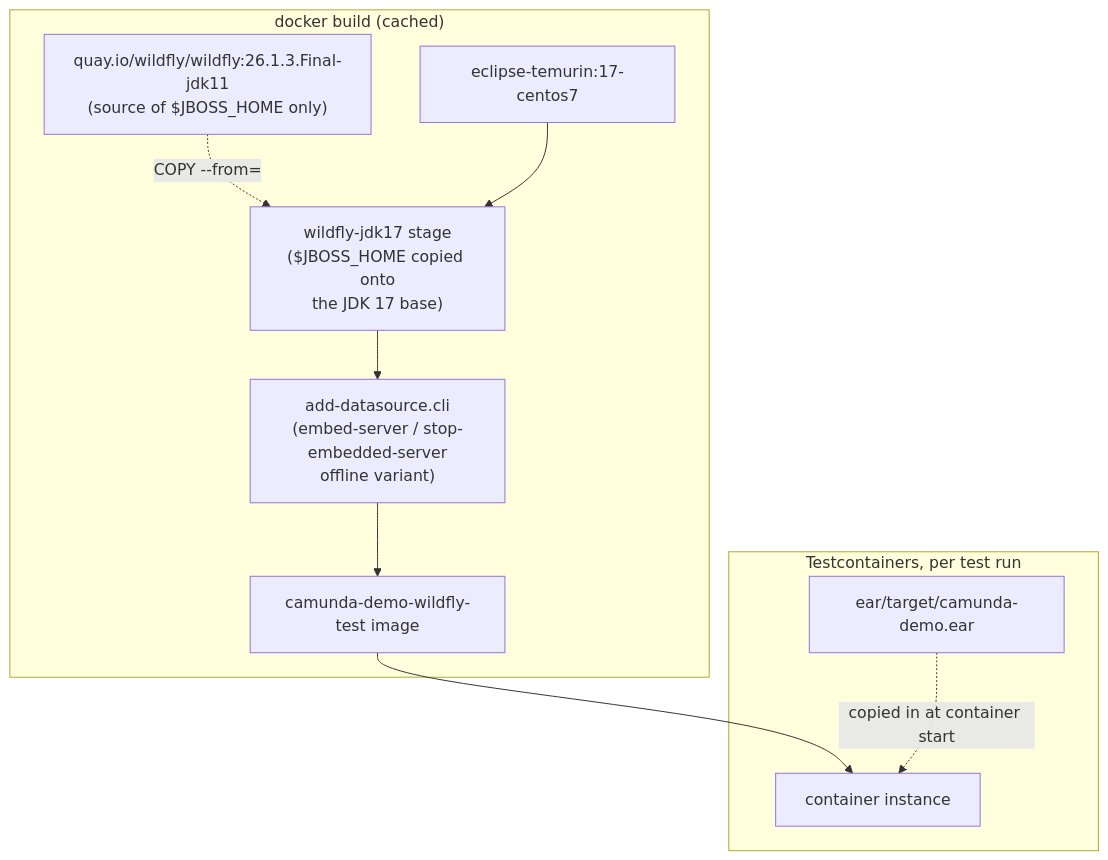
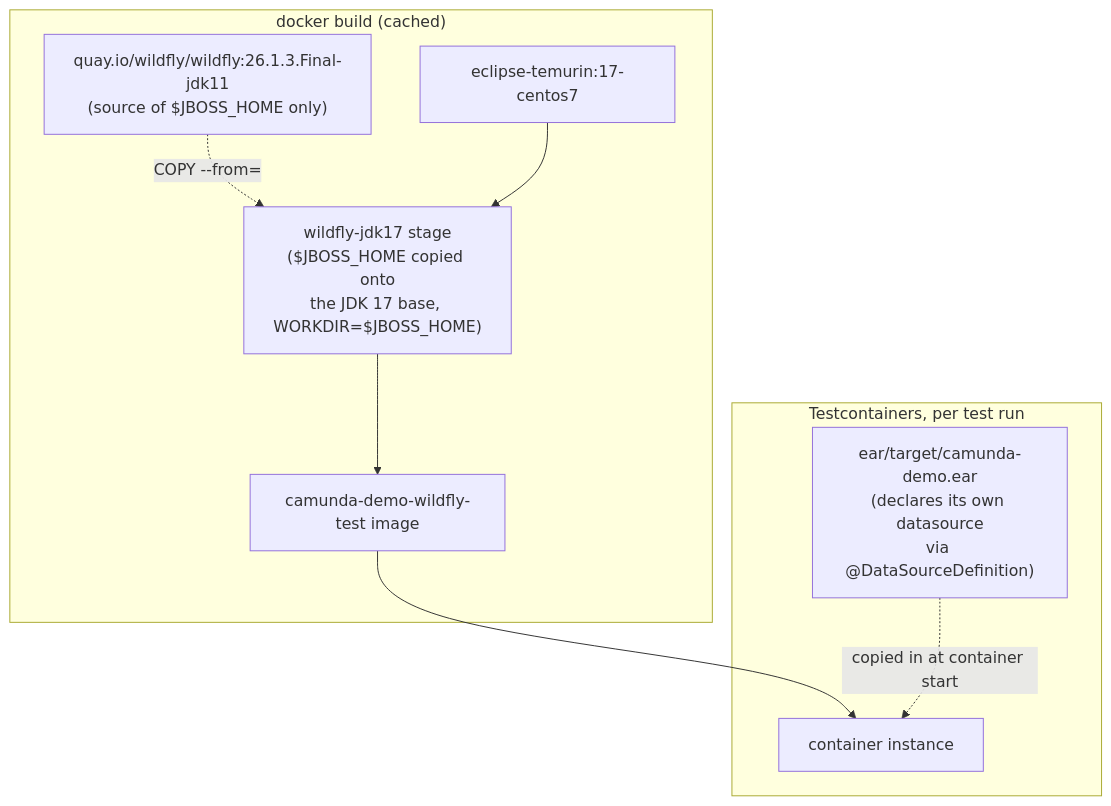
One commit to nyuuyn/camunda-7-on-jboss-as-ear changed the second of 2 diagrams in docs/arc42/07-deployment-view.md. Above: the diagram before and after it, drawn with Mermaid. The commit also changed other lines of this file and 15 other files, not shown here.

First line of the commit message:
Make the datasource fully self-contained via @DataSourceDefinition

````diff
--- a/docs/arc42/07-deployment-view.md
+++ b/docs/arc42/07-deployment-view.md
@@ -37,15 +43,14 @@
 ```mermaid
 flowchart TB
     subgraph build["docker build (cached)"]
         src["quay.io/wildfly/wildfly:26.1.3.Final-jdk11\n(source of $JBOSS_HOME only)"]
         jdk["eclipse-temurin:17-centos7"]
-        wf["wildfly-jdk17 stage\n($JBOSS_HOME copied onto\nthe JDK 17 base)"]
-        cli["add-datasource.cli\n(embed-server / stop-embedded-server\noffline variant)"]
+        wf["wildfly-jdk17 stage\n($JBOSS_HOME copied onto\nthe JDK 17 base, WORKDIR=$JBOSS_HOME)"]
         src -. COPY --from= .-> wf
-        jdk --> wf --> cli --> image["camunda-demo-wildfly-test image"]
+        jdk --> wf --> image["camunda-demo-wildfly-test image"]
     end
     subgraph run["Testcontainers, per test run"]
         image --> container["container instance"]
-        ear["ear/target/camunda-demo.ear"] -. copied in at container start .-> container
+        ear["ear/target/camunda-demo.ear\n(declares its own datasource\nvia @DataSourceDefinition)"] -. copied in at container start .-> container
     end
 ```
````
